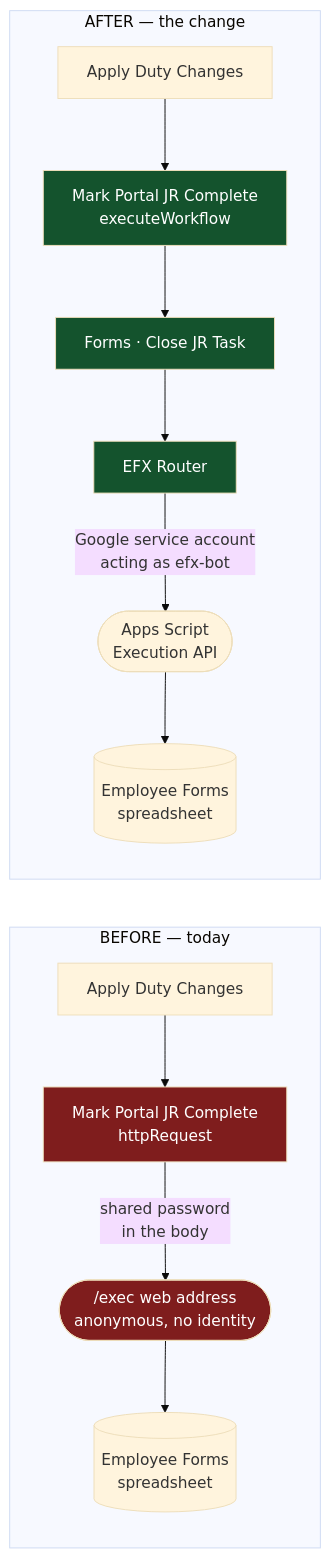
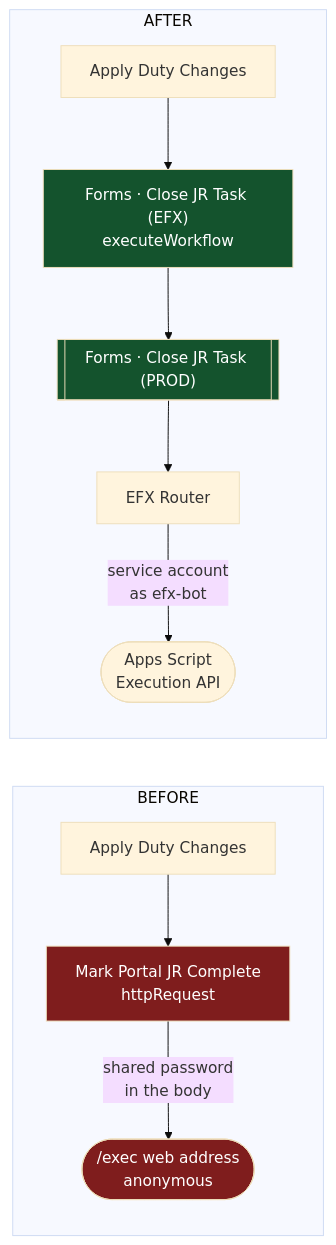
The second of 3 diagrams in employee_forms_deployment/docs/efx/handoff/FLOW.md (danieljbinns/APP-SCRIPT-FORMS), drawn with Mermaid (base theme) before and after one commit. The commit also changed other lines of this file and 7 other files, not shown here.

First line of the commit message:
Handoff pack rewritten around George's onboarding flow; JR second

````diff
--- a/employee_forms_deployment/docs/efx/handoff/FLOW.md
+++ b/employee_forms_deployment/docs/efx/handoff/FLOW.md
@@ -9,22 +43,17 @@
 ```mermaid
 flowchart LR
-  subgraph BEFORE["BEFORE — today"]
+  subgraph BEFORE["BEFORE"]
     A1[Apply Duty Changes] --> A2["Mark Portal JR Complete<br/>httpRequest"]
-    A2 -- "shared password<br/>in the body" --> A3(["/exec web address<br/>anonymous, no identity"])
-    A3 --> A4[(Employee Forms<br/>spreadsheet)]
+    A2 -- "shared password<br/>in the body" --> A3(["/exec web address<br/>anonymous"])
   end
-
-  subgraph AFTER["AFTER — the change"]
-    B1[Apply Duty Changes] --> B2["Mark Portal JR Complete<br/>executeWorkflow"]
-    B2 --> B3["Forms · Close JR Task"]
+  subgraph AFTER["AFTER"]
+    B1[Apply Duty Changes] --> B2["Forms · Close JR Task (EFX)<br/>executeWorkflow"]
+    B2 --> B3[["Forms · Close JR Task (PROD)"]]
     B3 --> B4["EFX Router"]
-    B4 -- "Google service account<br/>acting as efx-bot" --> B5(["Apps Script<br/>Execution API"])
-    B5 --> B6[(Employee Forms<br/>spreadsheet)]
+    B4 -- "service account<br/>as efx-bot" --> B5(["Apps Script<br/>Execution API"])
   end
-
   style A2 fill:#7f1d1d,color:#fff
   style A3 fill:#7f1d1d,color:#fff
   style B2 fill:#14532d,color:#fff
   style B3 fill:#14532d,color:#fff
-  style B4 fill:#14532d,color:#fff
 ```
````
